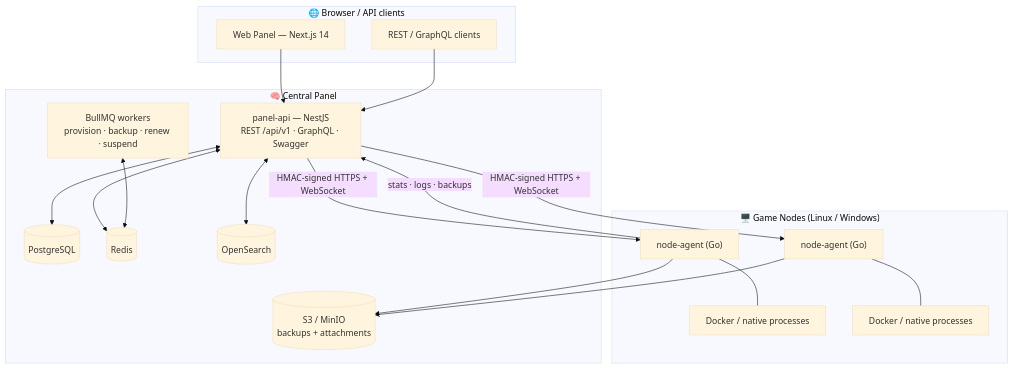
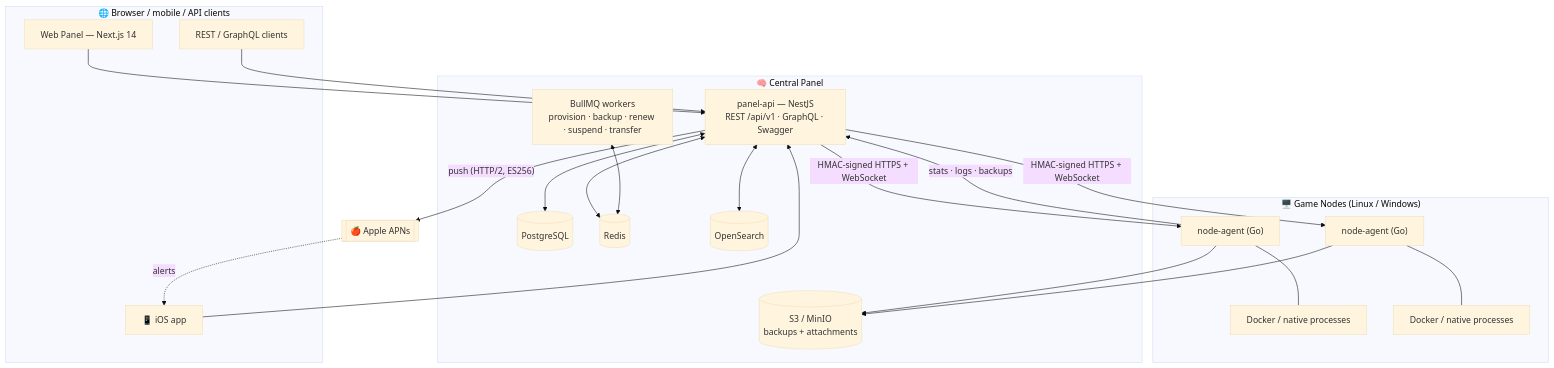
Before and after one commit to ReFxFrank/ReFxHosting: the first of 2 diagrams in README.md, drawn with Mermaid (base theme). The commit also changed other lines of this file and 1 other file, not shown here.

````diff
--- a/README.md
+++ b/README.md
@@ -100,35 +109,41 @@
 ```mermaid
 flowchart TB
-    subgraph Client["🌐 Browser / API clients"]
+    subgraph Client["🌐 Browser / mobile / API clients"]
         UI["Web Panel — Next.js 14"]
+        IOS["📱 iOS app"]
         API_C["REST / GraphQL clients"]
     end
 
     subgraph Central["🧠 Central Panel"]
         API["panel-api — NestJS<br/>REST /api/v1 · GraphQL · Swagger"]
-        Q["BullMQ workers<br/>provision · backup · renew · suspend"]
+        Q["BullMQ workers<br/>provision · backup · renew · suspend · transfer"]
         DB[("PostgreSQL")]
         R[("Redis")]
         S3[("S3 / MinIO<br/>backups + attachments")]
         OS[("OpenSearch")]
     end
+
+    APNS[["🍎 Apple APNs"]]
 
     subgraph Nodes["🖥️ Game Nodes (Linux / Windows)"]
         A1["node-agent (Go)"]
         A2["node-agent (Go)"]
         A1 --- D1["Docker / native processes"]
         A2 --- D2["Docker / native processes"]
     end
 
     UI --> API
+    IOS --> API
     API_C --> API
     API <--> DB
     API <--> R
     API <--> OS
     Q <--> R
+    API -- "push (HTTP/2, ES256)" --> APNS
+    APNS -. "alerts" .-> IOS
     API -- "HMAC-signed HTTPS + WebSocket" --> A1
     API -- "HMAC-signed HTTPS + WebSocket" --> A2
     A1 -- "stats · logs · backups" --> API
     A1 --> S3
     A2 --> S3
 ```
````
